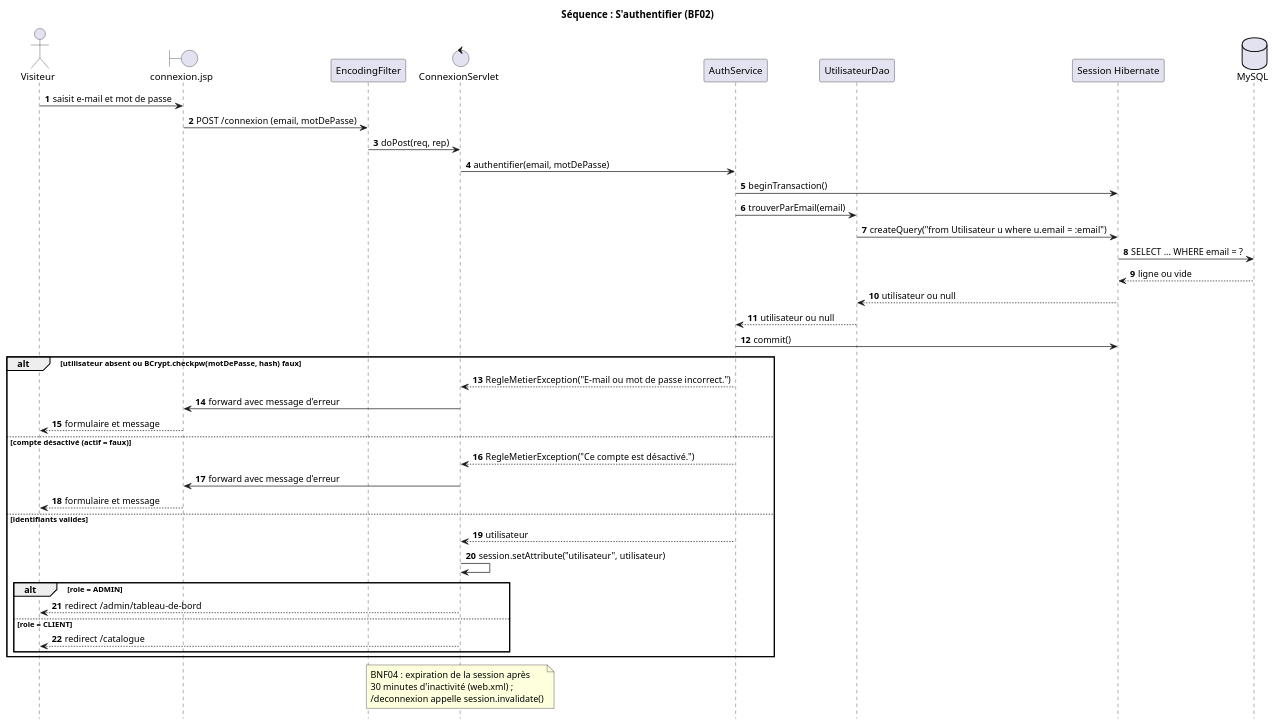
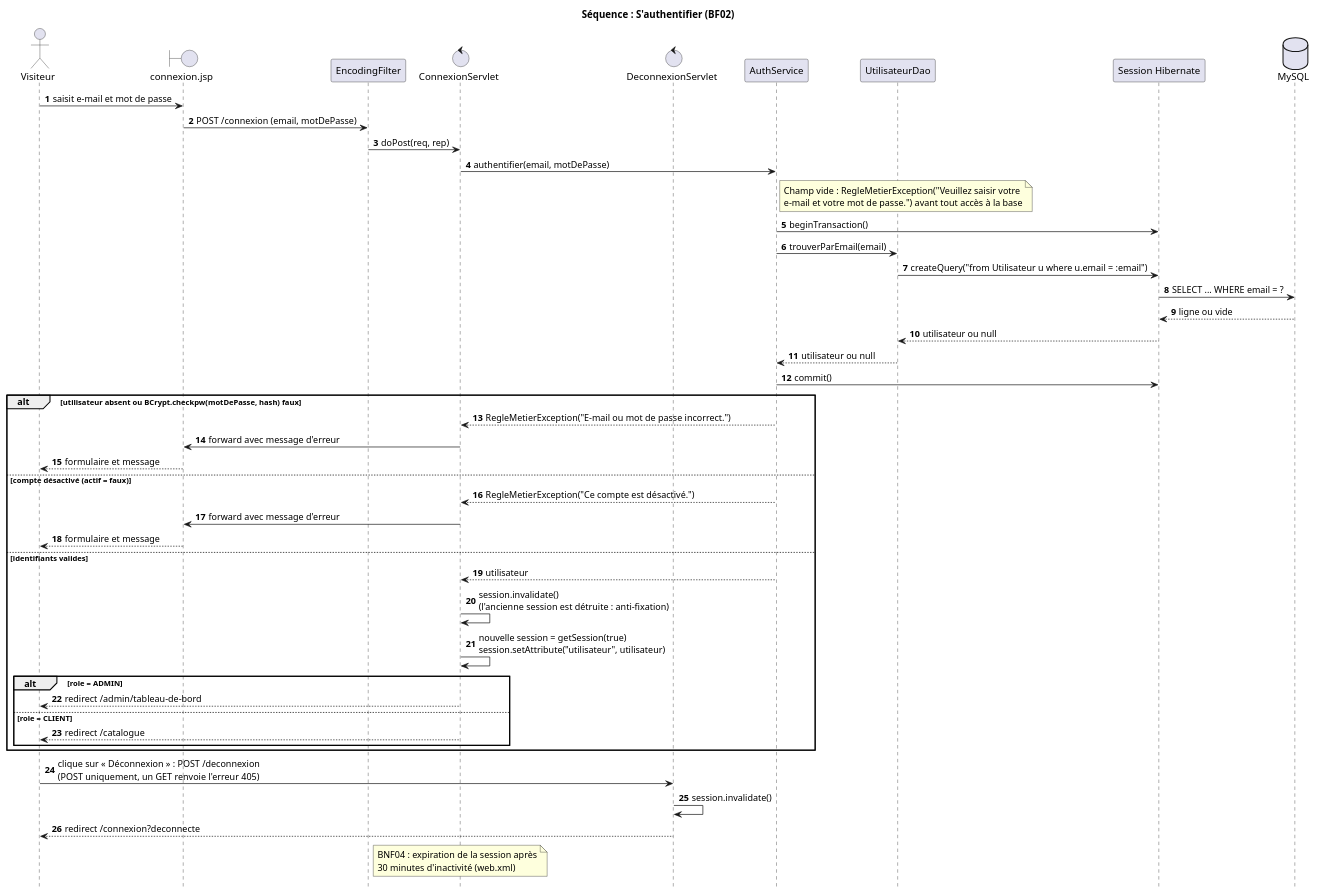
The diagram in docs/uml/sequence-authentification.puml (unk-user/Boutique-JEE), drawn with PlantUML before and after one commit. The commit also changed 1 other file, not shown here.

Commit message:
docs: séquence S'authentifier, nouvelle session à la connexion et déconnexion en POST

```diff
--- a/docs/uml/sequence-authentification.puml
+++ b/docs/uml/sequence-authentification.puml
@@ -1,51 +1,60 @@
 @startuml sequence-authentification
 title Séquence : S'authentifier (BF02)
 autonumber
 hide footbox
 
 actor Visiteur
 boundary "connexion.jsp" as Vue
 participant EncodingFilter
 control ConnexionServlet
+control DeconnexionServlet
 participant AuthService
 participant UtilisateurDao
 participant "Session Hibernate" as Session
 database MySQL
 
 Visiteur -> Vue : saisit e-mail et mot de passe
 Vue -> EncodingFilter : POST /connexion (email, motDePasse)
 EncodingFilter -> ConnexionServlet : doPost(req, rep)
 ConnexionServlet -> AuthService : authentifier(email, motDePasse)
+note right of AuthService
+  Champ vide : RegleMetierException("Veuillez saisir votre
+  e-mail et votre mot de passe.") avant tout accès à la base
+end note
 AuthService -> Session : beginTransaction()
 AuthService -> UtilisateurDao : trouverParEmail(email)
 UtilisateurDao -> Session : createQuery("from Utilisateur u where u.email = :email")
 Session -> MySQL : SELECT ... WHERE email = ?
 MySQL --> Session : ligne ou vide
 Session --> UtilisateurDao : utilisateur ou null
 UtilisateurDao --> AuthService : utilisateur ou null
 AuthService -> Session : commit()
 
 alt utilisateur absent ou BCrypt.checkpw(motDePasse, hash) faux
   AuthService --> ConnexionServlet : RegleMetierException("E-mail ou mot de passe incorrect.")
   ConnexionServlet -> Vue : forward avec message d'erreur
   Vue --> Visiteur : formulaire et message
 else compte désactivé (actif = faux)
   AuthService --> ConnexionServlet : RegleMetierException("Ce compte est désactivé.")
   ConnexionServlet -> Vue : forward avec message d'erreur
   Vue --> Visiteur : formulaire et message
 else identifiants valides
   AuthService --> ConnexionServlet : utilisateur
-  ConnexionServlet -> ConnexionServlet : session.setAttribute("utilisateur", utilisateur)
+  ConnexionServlet -> ConnexionServlet : session.invalidate()\n(l'ancienne session est détruite : anti-fixation)
+  ConnexionServlet -> ConnexionServlet : nouvelle session = getSession(true)\nsession.setAttribute("utilisateur", utilisateur)
   alt role = ADMIN
     ConnexionServlet --> Visiteur : redirect /admin/tableau-de-bord
   else role = CLIENT
     ConnexionServlet --> Visiteur : redirect /catalogue
   end
 end
 
+Visiteur -> DeconnexionServlet : clique sur « Déconnexion » : POST /deconnexion\n(POST uniquement, un GET renvoie l'erreur 405)
+DeconnexionServlet -> DeconnexionServlet : session.invalidate()
+DeconnexionServlet --> Visiteur : redirect /connexion?deconnecte
+
 note over ConnexionServlet
   BNF04 : expiration de la session après
-  30 minutes d'inactivité (web.xml) ;
-  /deconnexion appelle session.invalidate()
+  30 minutes d'inactivité (web.xml)
 end note
 @enduml
```
